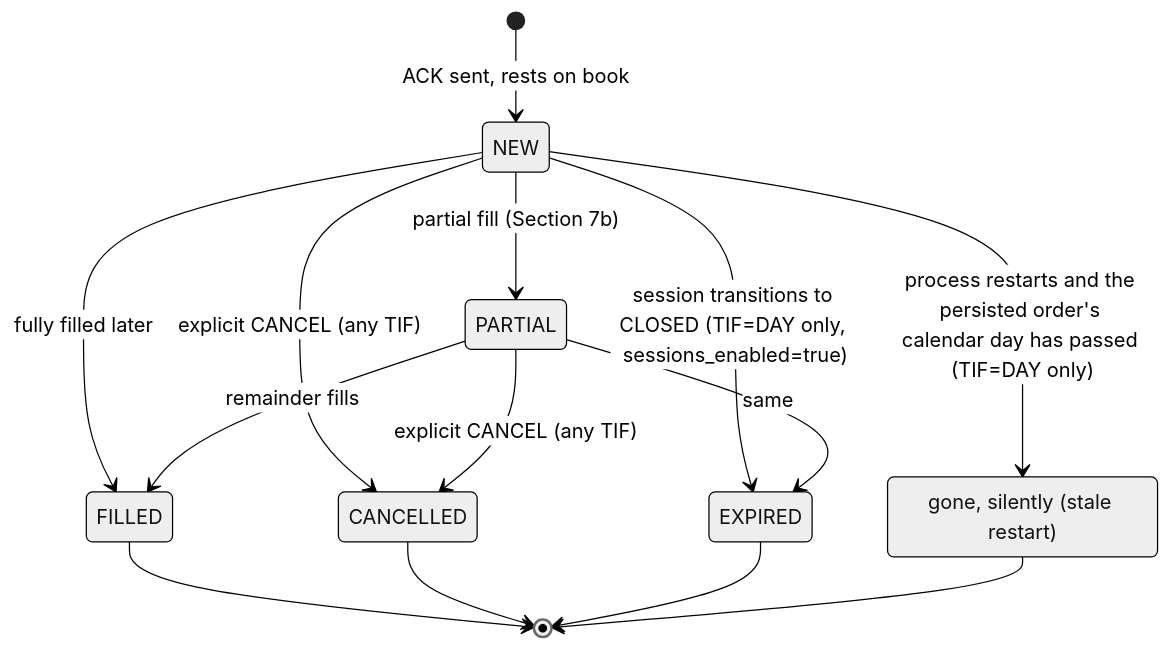
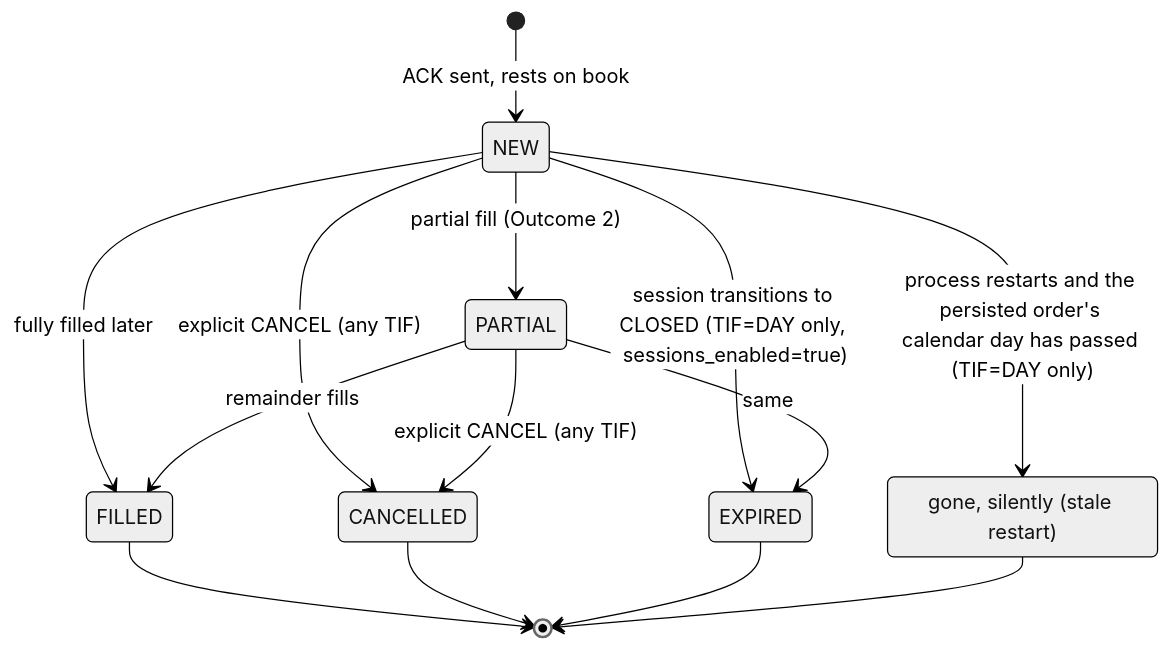
The sixth of 7 diagrams in docs/books/architecture-and-development/part-2-inside-the-engine/020-order-flow-end-to-end.md (johan162/EduMatcher), drawn with Mermaid (neutral theme) before and after one commit. The commit also changed other lines of this file and 12 other files, not shown here.

````diff
--- a/docs/books/architecture-and-development/part-2-inside-the-engine/020-order-flow-end-to-end.md
+++ b/docs/books/architecture-and-development/part-2-inside-the-engine/020-order-flow-end-to-end.md
@@ -679,17 +680,17 @@
 ```mermaid
 stateDiagram-v2
     state "gone, silently (stale restart)" as GONE
     [*] --> NEW : ACK sent, rests on book
-    NEW --> PARTIAL : partial fill (Section 7b)
+    NEW --> PARTIAL : partial fill (Outcome 2)
     NEW --> FILLED : fully filled later
     PARTIAL --> FILLED : remainder fills
     NEW --> CANCELLED : explicit CANCEL (any TIF)
     PARTIAL --> CANCELLED : explicit CANCEL (any TIF)
     NEW --> EXPIRED : session transitions to CLOSED (TIF=DAY only, sessions_enabled=true)
     PARTIAL --> EXPIRED : same
     NEW --> GONE : process restarts and the persisted order's calendar day has passed (TIF=DAY only)
     FILLED --> [*]
     CANCELLED --> [*]
     EXPIRED --> [*]
     GONE --> [*]
 ```
````
